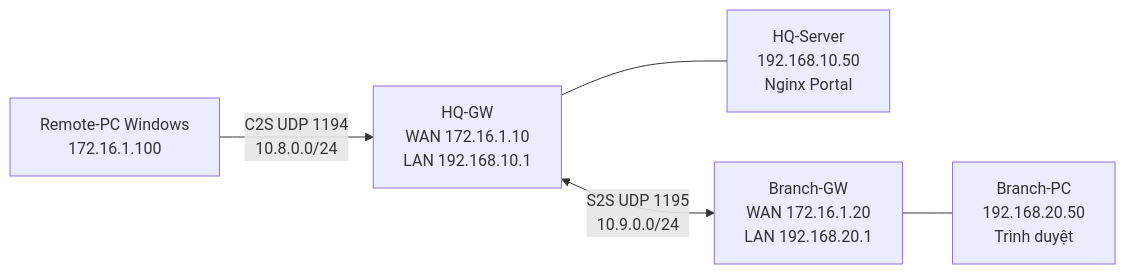
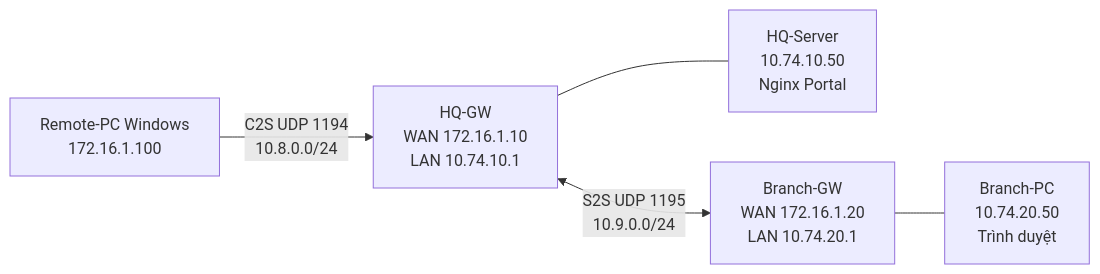
The diagram in docs/deployment/README.md (Sleepy2608/VPN-Site-to-Site-and-Client-to-Site-Implementation), drawn with Mermaid before and after one commit. The commit also changed other lines of this file and 59 other files, not shown here.

````diff
--- a/docs/deployment/README.md
+++ b/docs/deployment/README.md
@@ -9,7 +9,7 @@
 ```mermaid
 flowchart LR
-    Remote["Remote-PC Windows<br/>172.16.1.100"] -->|"C2S UDP 1194<br/>10.8.0.0/24"| HQ["HQ-GW<br/>WAN 172.16.1.10<br/>LAN 192.168.10.1"]
-    HQ --- Server["HQ-Server<br/>192.168.10.50<br/>Nginx Portal"]
-    HQ <-->|"S2S UDP 1195<br/>10.9.0.0/24"| Branch["Branch-GW<br/>WAN 172.16.1.20<br/>LAN 192.168.20.1"]
-    Branch --- PC["Branch-PC<br/>192.168.20.50<br/>Trình duyệt"]
+    Remote["Remote-PC Windows<br/>172.16.1.100"] -->|"C2S UDP 1194<br/>10.8.0.0/24"| HQ["HQ-GW<br/>WAN 172.16.1.10<br/>LAN 10.74.10.1"]
+    HQ --- Server["HQ-Server<br/>10.74.10.50<br/>Nginx Portal"]
+    HQ <-->|"S2S UDP 1195<br/>10.9.0.0/24"| Branch["Branch-GW<br/>WAN 172.16.1.20<br/>LAN 10.74.20.1"]
+    Branch --- PC["Branch-PC<br/>10.74.20.50<br/>Trình duyệt"]
 ```
````
